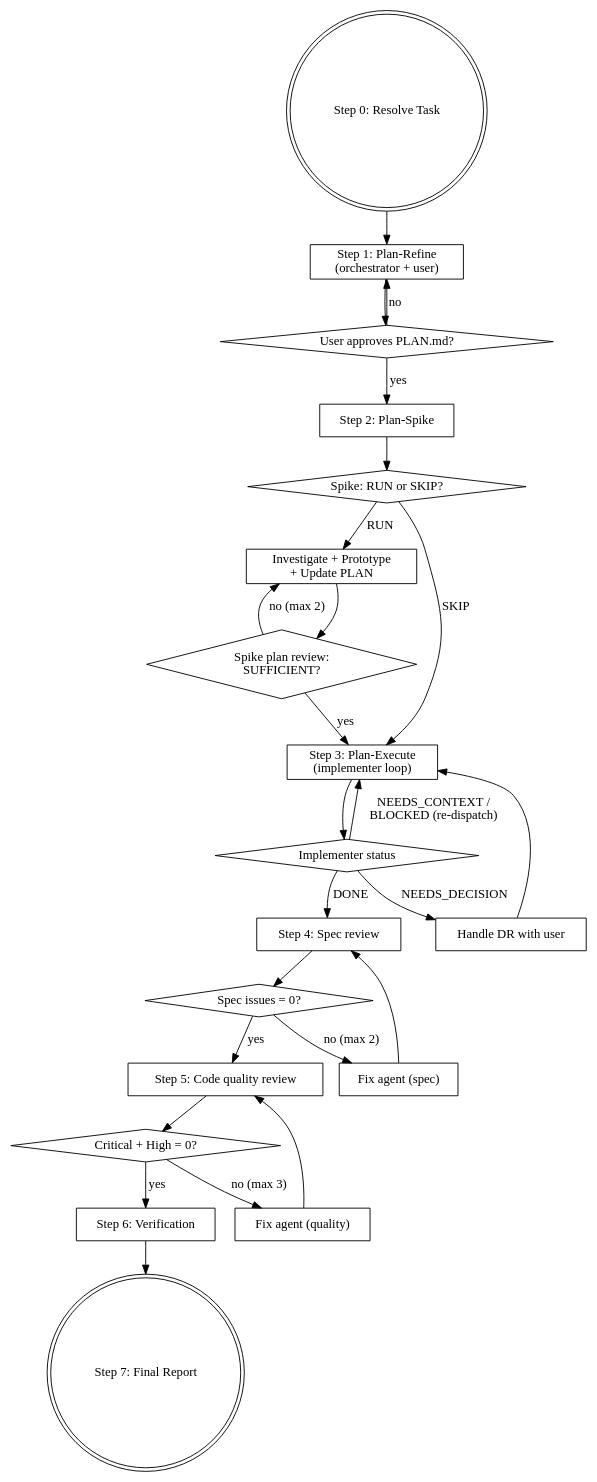
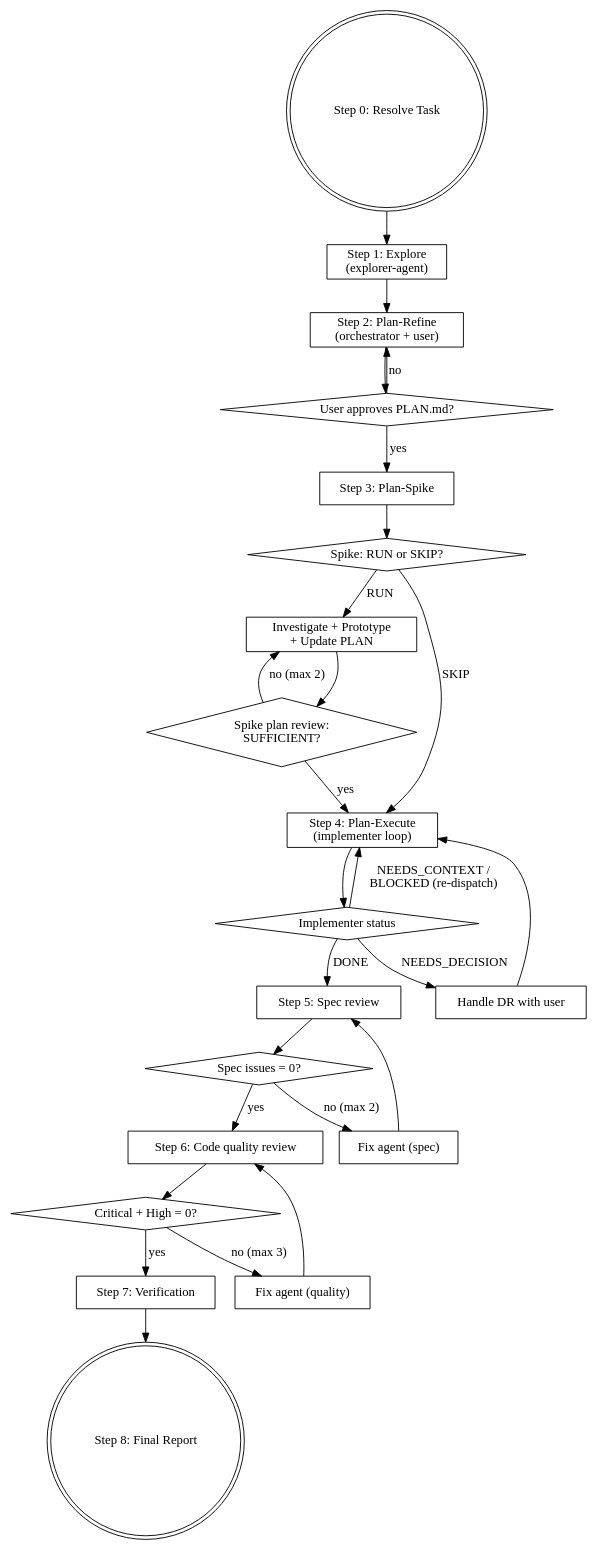
The diagram in .agents/skills/devflow/SKILL.md (matsuyoshi30/dotfiles), drawn with Graphviz before and after one commit. The commit also changed other lines of this file and 2 other files, not shown here.

````diff
--- a/.agents/skills/devflow/SKILL.md
+++ b/.agents/skills/devflow/SKILL.md
@@ -18,48 +19,50 @@
 ```dot
 digraph devflow {
     rankdir=TB;
     "Step 0: Resolve Task" [shape=doublecircle];
-    "Step 1: Plan-Refine\n(orchestrator + user)" [shape=box];
+    "Step 1: Explore\n(explorer-agent)" [shape=box];
+    "Step 2: Plan-Refine\n(orchestrator + user)" [shape=box];
     "User approves PLAN.md?" [shape=diamond];
-    "Step 2: Plan-Spike" [shape=box];
+    "Step 3: Plan-Spike" [shape=box];
     "Spike: RUN or SKIP?" [shape=diamond];
     "Investigate + Prototype\n+ Update PLAN" [shape=box];
     "Spike plan review:\nSUFFICIENT?" [shape=diamond];
-    "Step 3: Plan-Execute\n(implementer loop)" [shape=box];
+    "Step 4: Plan-Execute\n(implementer loop)" [shape=box];
     "Implementer status" [shape=diamond];
     "Handle DR with user" [shape=box];
-    "Step 4: Spec review" [shape=box];
+    "Step 5: Spec review" [shape=box];
     "Spec issues = 0?" [shape=diamond];
     "Fix agent (spec)" [shape=box];
-    "Step 5: Code quality review" [shape=box];
+    "Step 6: Code quality review" [shape=box];
     "Critical + High = 0?" [shape=diamond];
     "Fix agent (quality)" [shape=box];
-    "Step 6: Verification" [shape=box];
-    "Step 7: Final Report" [shape=doublecircle];
+    "Step 7: Verification" [shape=box];
+    "Step 8: Final Report" [shape=doublecircle];
 
-    "Step 0: Resolve Task" -> "Step 1: Plan-Refine\n(orchestrator + user)";
-    "Step 1: Plan-Refine\n(orchestrator + user)" -> "User approves PLAN.md?";
-    "User approves PLAN.md?" -> "Step 1: Plan-Refine\n(orchestrator + user)" [label="no"];
-    "User approves PLAN.md?" -> "Step 2: Plan-Spike" [label="yes"];
-    "Step 2: Plan-Spike" -> "Spike: RUN or SKIP?";
+    "Step 0: Resolve Task" -> "Step 1: Explore\n(explorer-agent)";
+    "Step 1: Explore\n(explorer-agent)" -> "Step 2: Plan-Refine\n(orchestrator + user)";
+    "Step 2: Plan-Refine\n(orchestrator + user)" -> "User approves PLAN.md?";
+    "User approves PLAN.md?" -> "Step 2: Plan-Refine\n(orchestrator + user)" [label="no"];
+    "User approves PLAN.md?" -> "Step 3: Plan-Spike" [label="yes"];
+    "Step 3: Plan-Spike" -> "Spike: RUN or SKIP?";
     "Spike: RUN or SKIP?" -> "Investigate + Prototype\n+ Update PLAN" [label="RUN"];
-    "Spike: RUN or SKIP?" -> "Step 3: Plan-Execute\n(implementer loop)" [label="SKIP"];
+    "Spike: RUN or SKIP?" -> "Step 4: Plan-Execute\n(implementer loop)" [label="SKIP"];
     "Investigate + Prototype\n+ Update PLAN" -> "Spike plan review:\nSUFFICIENT?";
     "Spike plan review:\nSUFFICIENT?" -> "Investigate + Prototype\n+ Update PLAN" [label="no (max 2)"];
-    "Spike plan review:\nSUFFICIENT?" -> "Step 3: Plan-Execute\n(implementer loop)" [label="yes"];
-    "Step 3: Plan-Execute\n(implementer loop)" -> "Implementer status";
-    "Implementer status" -> "Step 4: Spec review" [label="DONE"];
+    "Spike plan review:\nSUFFICIENT?" -> "Step 4: Plan-Execute\n(implementer loop)" [label="yes"];
+    "Step 4: Plan-Execute\n(implementer loop)" -> "Implementer status";
+    "Implementer status" -> "Step 5: Spec review" [label="DONE"];
     "Implementer status" -> "Handle DR with user" [label="NEEDS_DECISION"];
-    "Handle DR with user" -> "Step 3: Plan-Execute\n(implementer loop)";
-    "Implementer status" -> "Step 3: Plan-Execute\n(implementer loop)" [label="NEEDS_CONTEXT /\nBLOCKED (re-dispatch)"];
-    "Step 4: Spec review" -> "Spec issues = 0?";
+    "Handle DR with user" -> "Step 4: Plan-Execute\n(implementer loop)";
+    "Implementer status" -> "Step 4: Plan-Execute\n(implementer loop)" [label="NEEDS_CONTEXT /\nBLOCKED (re-dispatch)"];
+    "Step 5: Spec review" -> "Spec issues = 0?";
     "Spec issues = 0?" -> "Fix agent (spec)" [label="no (max 2)"];
-    "Fix agent (spec)" -> "Step 4: Spec review";
-    "Spec issues = 0?" -> "Step 5: Code quality review" [label="yes"];
-    "Step 5: Code quality review" -> "Critical + High = 0?";
+    "Fix agent (spec)" -> "Step 5: Spec review";
+    "Spec issues = 0?" -> "Step 6: Code quality review" [label="yes"];
+    "Step 6: Code quality review" -> "Critical + High = 0?";
     "Critical + High = 0?" -> "Fix agent (quality)" [label="no (max 3)"];
-    "Fix agent (quality)" -> "Step 5: Code quality review";
-    "Critical + High = 0?" -> "Step 6: Verification" [label="yes"];
-    "Step 6: Verification" -> "Step 7: Final Report";
+    "Fix agent (quality)" -> "Step 6: Code quality review";
+    "Critical + High = 0?" -> "Step 7: Verification" [label="yes"];
+    "Step 7: Verification" -> "Step 8: Final Report";
 }
 ```
````
